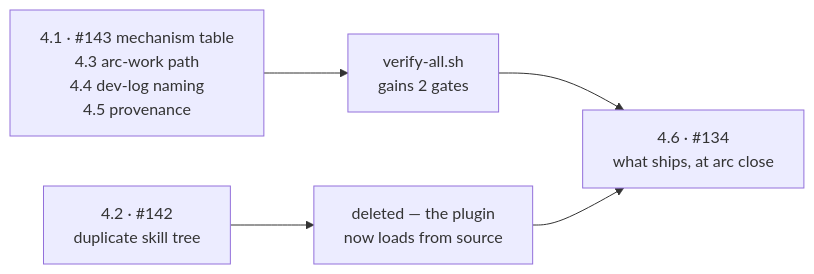
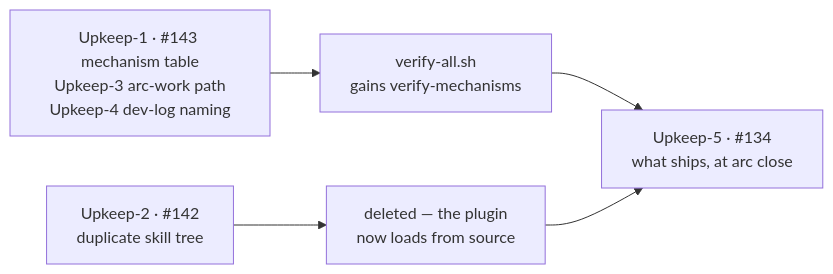
The sixth of 6 diagrams in docs/arc-work/04-dogfood/issue-plan.md (Calyx-Engineering/arc), drawn with Mermaid before and after one commit. The commit also changed other lines of this file and 2 other files, not shown here.

First line of the commit message:
docs: split the plan from the arc-log, and delete the brief

````diff
--- a/docs/arc-work/04-dogfood/issue-plan.md
+++ b/docs/arc-work/04-dogfood/issue-plan.md
@@ -270,7 +207,7 @@
 ```mermaid
 flowchart LR
-    G["4.1 · #143 mechanism table<br/>4.3 arc-work path<br/>4.4 dev-log naming<br/>4.5 provenance"] --> VA["verify-all.sh<br/>gains 2 gates"]
-    D["4.2 · #142<br/>duplicate skill tree"] --> DEL["deleted — the plugin<br/>now loads from source"]
-    VA --> AUD["4.6 · #134<br/>what ships, at arc close"]
+    G["Upkeep-1 · #143 mechanism table<br/>Upkeep-3 arc-work path<br/>Upkeep-4 dev-log naming"] --> VA["verify-all.sh<br/>gains verify-mechanisms"]
+    D["Upkeep-2 · #142<br/>duplicate skill tree"] --> DEL["deleted — the plugin<br/>now loads from source"]
+    VA --> AUD["Upkeep-5 · #134<br/>what ships, at arc close"]
     DEL --> AUD
 ```
````
